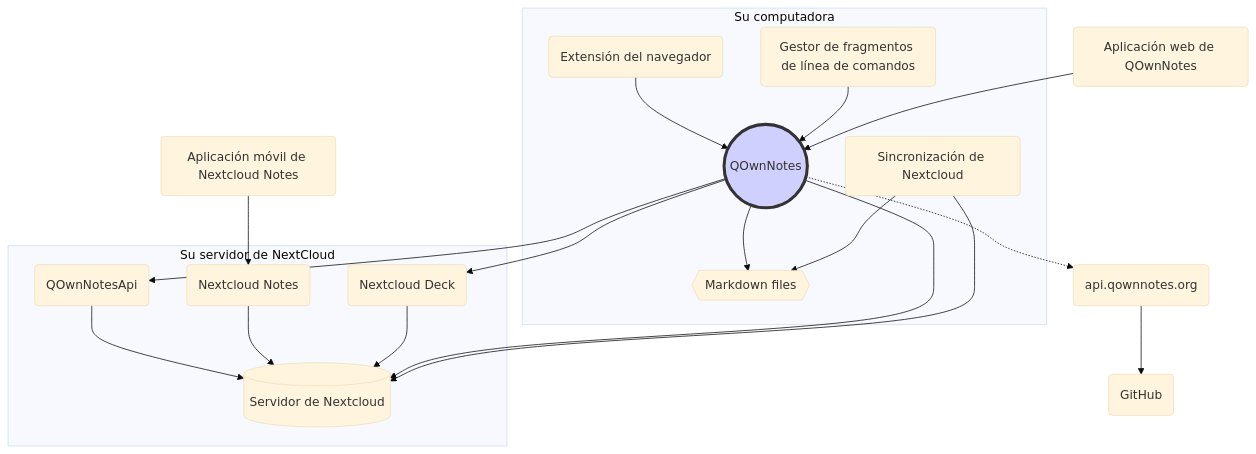
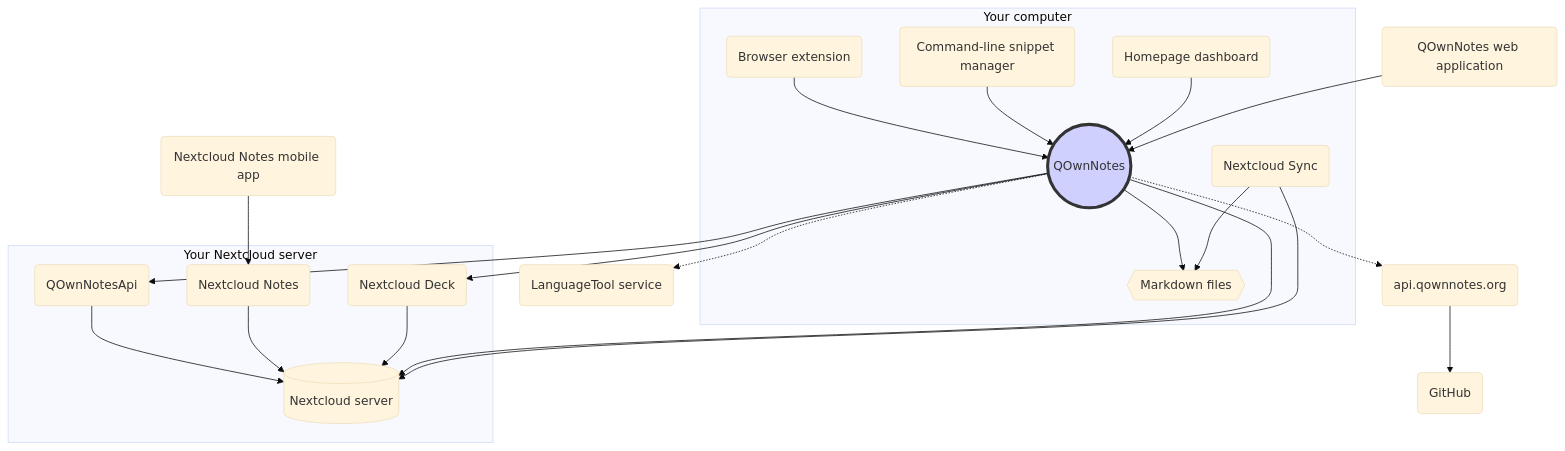
One commit to pbek/QOwnNotes changed the diagram in webpage/src/es/getting-started/concept.md. Above: the diagram before and after it, drawn with Mermaid (base theme). The commit also changed other lines of this file and 143 other files, not shown here.

````diff
--- a/webpage/src/es/getting-started/concept.md
+++ b/webpage/src/es/getting-started/concept.md
@@ -13,37 +13,41 @@
 ```mermaid
 graph TB
-    subgraph Su computadora
+    subgraph Your computer
         qon((QOwnNotes))-->md{{"Markdown files"}}
-        sync("Sincronización de Nextcloud")-->md
-        qon-comp("Extensión del navegador")-->qon
-        qc("Gestor de fragmentos de línea de comandos")-->qon
+        sync("Nextcloud Sync")-->md
+        qon-comp("Browser extension")-->qon
+        qc("Command-line snippet manager")-->qon
+        homepage("Homepage dashboard")-->qon
     end
-    subgraph Su servidor de NextCloud
-        qon-api("QOwnNotesApi")-->ncs[("Servidor de Nextcloud")]
+    subgraph Your Nextcloud server
+        qon-api("QOwnNotesApi")-->ncs[("Nextcloud server")]
         nc-notes-app("Nextcloud Notes")-->ncs
         nc-deck-app("Nextcloud Deck")-->ncs
     end
 
-    nc-notes-mob("Aplicación móvil de Nextcloud Notes")-->nc-notes-app
-    qon-web-app("Aplicación web de QOwnNotes")-->qon
+    nc-notes-mob("Nextcloud Notes mobile app")-->nc-notes-app
+    qon-web-app("QOwnNotes web application")-->qon
     qon-->qon-api
     qon-->ncs
     qon-->nc-deck-app
     sync-->ncs
+    qon-.->lt("LanguageTool service")
     qon-.->qon-web-api("api.qownnotes.org")
     qon-web-api-->github("GitHub")
 
     style qon fill:#d0d0ff,stroke:#333,stroke-width:4px
-    click qon "/getting-started/concept.html#qownnotes" "Aplicación de escritorio QOwnNotes para gestionar sus notas en su computadora de escritorio"
-    click md "/getting-started/concept.html#markdown-note-files" "Archivos Markdown, multimedia y de adjuntos en su carpeta de notas"
-    click qon-comp "/getting-started/concept.html#qownnotes-browser-extension" "Extensión del navegador de QOwnNotes para gestionar marcadores en archivos Markdown y como recortadora web"
-    click qc "/getting-started/concept.html#qownnotes-command-line-snippet-manager" "Gestor de fragmentos de órdenes de terminal de QOwnNotes"
-    click sync "/getting-started/concept.html#nextcloud-desktop-sync-client" "Cliente de sincronización de escritorio de Nextcloud para sincronizar sus notas con su servidor"
-    click ncs "/getting-started/concept.html#nextcloud-server" "Servidor de Nextcloud para alojar sus notas y otros archivos"
-    click qon-api "/getting-started/concept.html#qownnotesapi-nextcloud-app" "Aplicación QOwnNotesAPI de Nextcloud para acceder a su papelera y versiones de notas del lado del servidor"
-    click nc-notes-app "/getting-started/concept.html#nextcloud-notes-server-app" "Aplicación del servidor de Nextcloud Notes para gestionar sus notas en la web"
-    click nc-notes-mob "/getting-started/concept.html#nextcloud-notes-mobile-app" "Aplicación móvil de Nextcloud Notes para gestionar sus notas en su teléfono móvil"
-    click nc-deck-app "/getting-started/concept.html#nextcloud-deck-server-app" "Aplicación del servidor de Nextcloud Deck para gestionar recordatorios y listas de tareas pendientes en la web"
-    click qon-web-app "/getting-started/concept.html#qownnotes-web-app" "Aplicación web de QOwnNotes para enviar fotos desde su teléfono móvil"
+    click qon "/getting-started/concept.html#qownnotes" "QOwnNotes Desktop Application for managing your notes on your desktop computer"
+    click md "/getting-started/concept.html#markdown-note-files" "Markdown, media and attachment files in your note folder"
+    click qon-comp "/getting-started/concept.html#qownnotes-browser-extension" "QOwnNotes browser extension for managing bookmarks in markdown files and as web clipper"
+    click qc "/getting-started/concept.html#qownnotes-command-line-snippet-manager" "QOwnNotes command-line snippet manager"
+    click homepage "/getting-started/concept.html#homepage-dashboard" "Homepage dashboard using QOwnNotes bookmark suggestions"
+    click sync "/getting-started/concept.html#nextcloud-desktop-sync-client" "Nextcloud desktop sync client to sync your notes to your server"
+    click ncs "/getting-started/concept.html#nextcloud-server" "Nextcloud server to host your notes and other files"
+    click qon-api "/getting-started/concept.html#qownnotesapi-nextcloud-app" "QOwnNotesAPI Nextcloud app to access your server-side trash and note versions"
+    click nc-notes-app "/getting-started/concept.html#nextcloud-notes-server-app" "Nextcloud Notes server app to manage your notes in the web"
+    click nc-notes-mob "/getting-started/concept.html#nextcloud-notes-mobile-app" "Nextcloud Notes mobile app to manage your notes on your mobile phone"
+    click nc-deck-app "/getting-started/concept.html#nextcloud-deck-server-app" "Nextcloud Deck server app to manage reminders and todo lists in the web"
+    click qon-web-app "/getting-started/concept.html#qownnotes-web-app" "QOwnNotes Web App to send photos from your mobile phone"
+    click lt "/editor/languagetool.html" "Optional LanguageTool server for grammar and style checking"
     click qon-web-api "/getting-started/concept.html#api-qownnotes-org"
 ```
````
